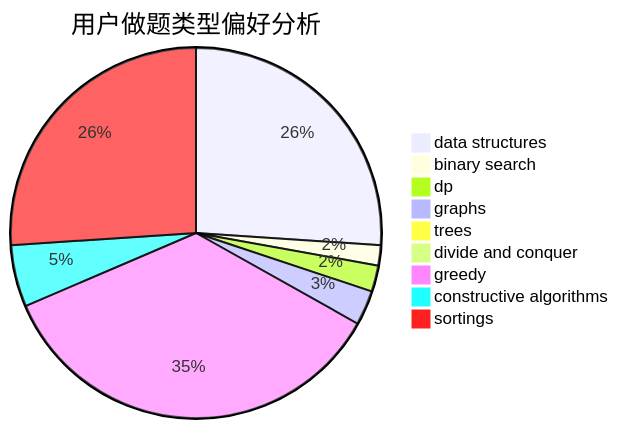
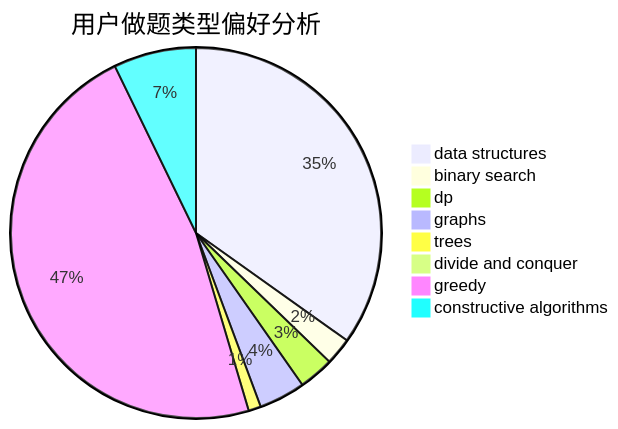
Before and after one commit to sherpahu/cfrs.github.io: the second of 3 diagrams in docs/user/u1551.md, drawn with Mermaid. The commit also changed other lines of this file and 2769 other files, not shown here.

````diff
--- a/docs/user/u1551.md
+++ b/docs/user/u1551.md
@@ -18,12 +18,11 @@
 ```mermaid
 pie title 用户做题类型偏好分析
     "data structures" :  353
     "binary search" :  24
     "dp" :  31
     "graphs" :  41
     "trees" :  11
     "divide and conquer" :  0
     "greedy" :  480
     "constructive algorithms" :  73
-    "sortings" :  353
 ```
````
